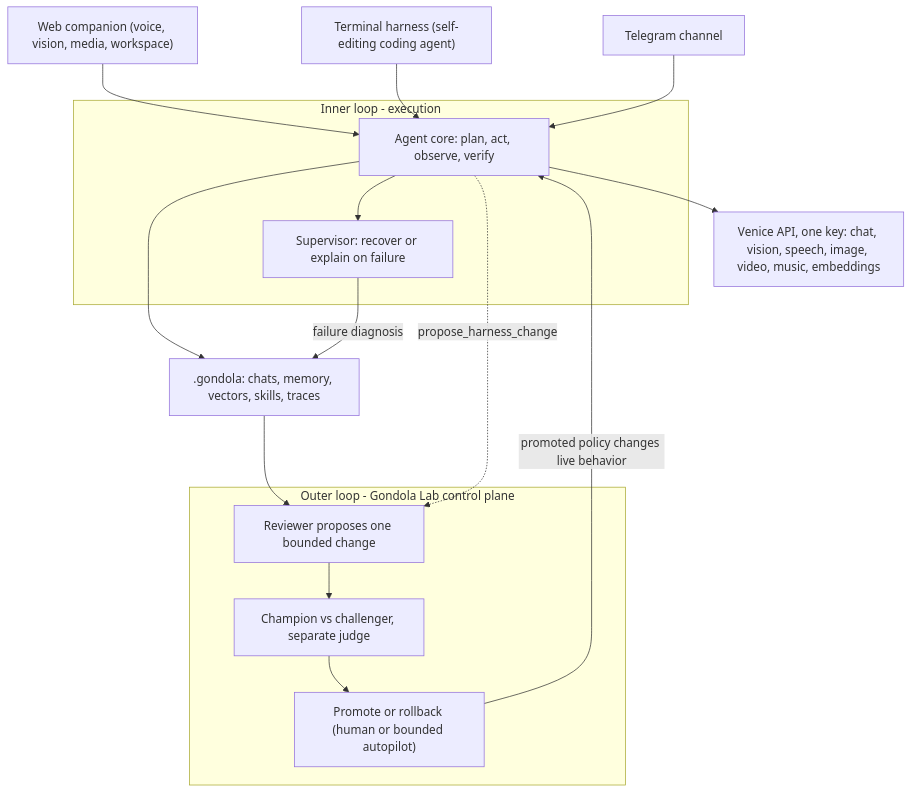
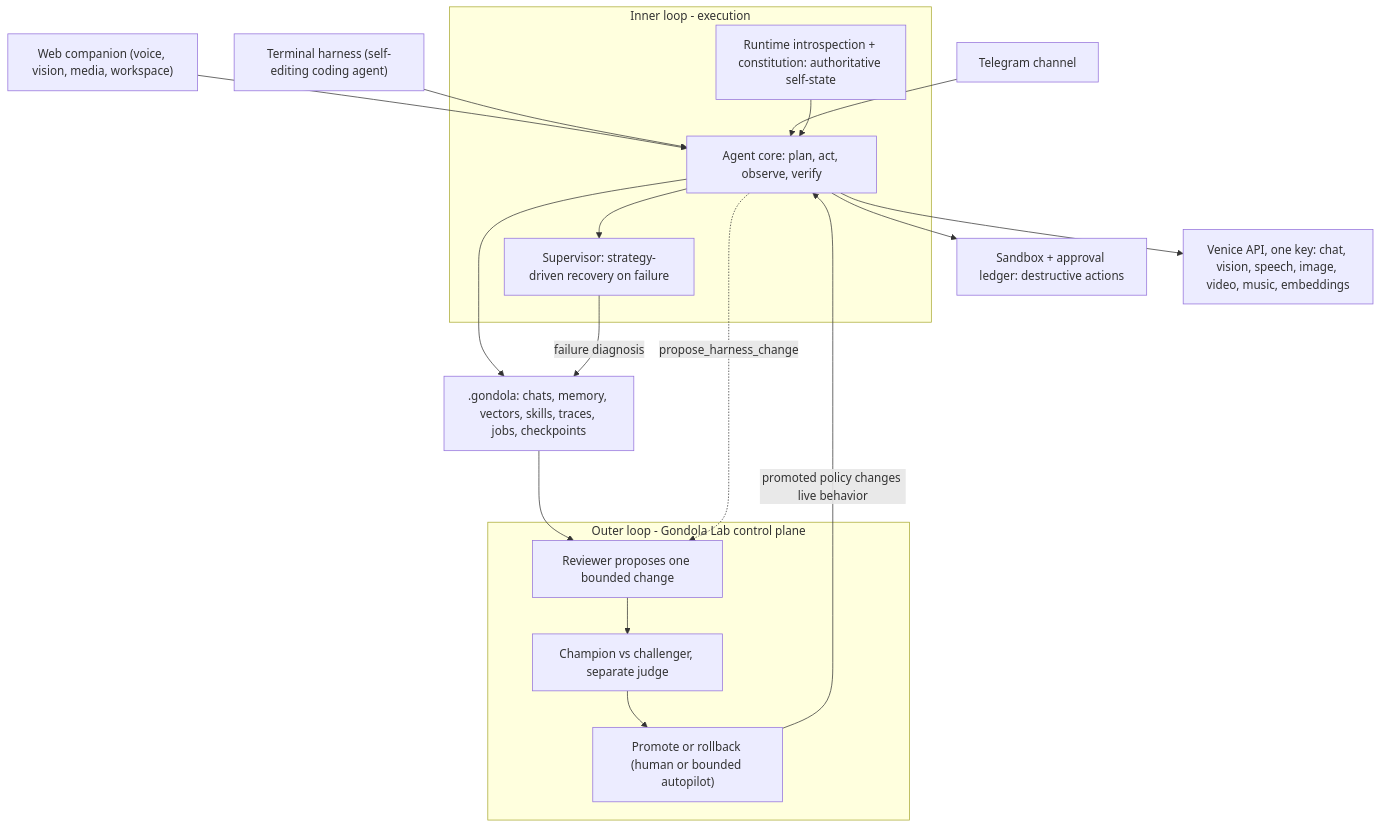
One commit to autrera/gondola changed the diagram in README.md. Above: the diagram before and after it, drawn with Mermaid. The commit also changed other lines of this file, not shown here.

First line of the commit message:
docs: reflect operational self-awareness, constitution, sandbox, approvals, evidence loop

````diff
--- a/README.md
+++ b/README.md
@@ -73,27 +76,30 @@
 ```mermaid
 flowchart TB
   Web["Web companion (voice, vision, media, workspace)"] --> Agent
   CLI["Terminal harness (self-editing coding agent)"] --> Agent
   TG["Telegram channel"] --> Agent
 
   subgraph innerLoop [Inner loop - execution]
+    Runtime["Runtime introspection + constitution: authoritative self-state"]
     Agent["Agent core: plan, act, observe, verify"]
-    Supervisor["Supervisor: recover or explain on failure"]
+    Supervisor["Supervisor: strategy-driven recovery on failure"]
+    Runtime --> Agent
     Agent --> Supervisor
   end
 
+  Agent --> Guard["Sandbox + approval ledger: destructive actions"]
   Agent --> Venice["Venice API, one key: chat, vision, speech, image, video, music, embeddings"]
-  Agent --> Store[".gondola: chats, memory, vectors, skills, traces"]
+  Agent --> Store[".gondola: chats, memory, vectors, skills, traces, jobs, checkpoints"]
 
   subgraph outerLoop [Outer loop - Gondola Lab control plane]
     Reviewer["Reviewer proposes one bounded change"]
     Evaluate["Champion vs challenger, separate judge"]
     Promote["Promote or rollback (human or bounded autopilot)"]
     Reviewer --> Evaluate --> Promote
   end
 
   Store --> Reviewer
   Supervisor -->|"failure diagnosis"| Store
   Agent -.->|"propose_harness_change"| Reviewer
   Promote -->|"promoted policy changes live behavior"| Agent
 ```
````
